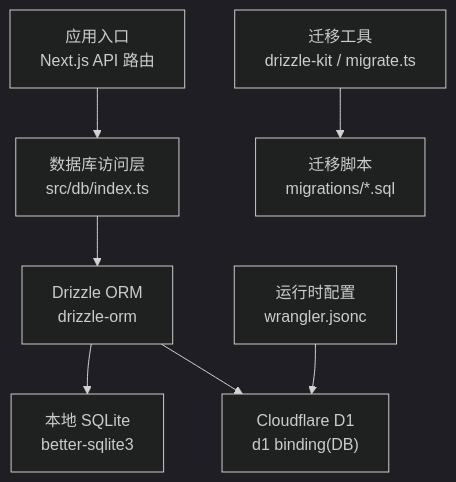
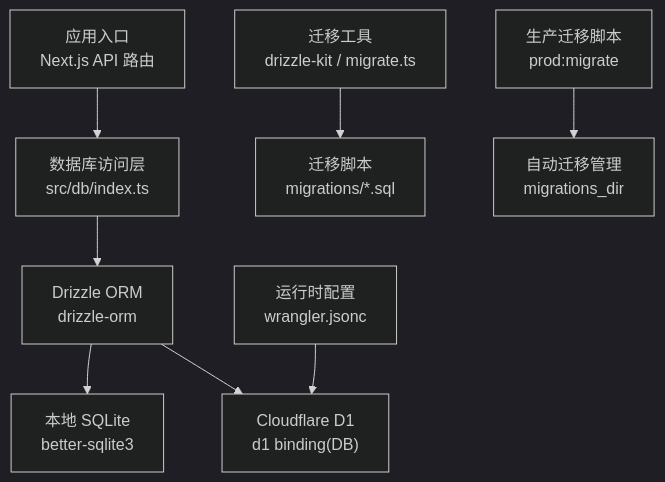
Before and after one commit to pnnh/weable: the first of 5 diagrams in .qoder/repowiki/zh/content/部署指南/数据库配置.md, drawn with Mermaid (dark theme). The commit also changed other lines of this file and 138 other files, not shown here.

Commit message:
未登录时访问console跳转至signin页面 修复点击图片目录未正确跳转问题 实现图片批量删除功能 将上传页面改成造成轻量级队列，实现分部上传和重试功能（绕过worker限制）

````diff
--- a/.qoder/repowiki/zh/content/部署指南/数据库配置.md
+++ b/.qoder/repowiki/zh/content/部署指南/数据库配置.md
@@ -42,9 +50,10 @@
 ```mermaid
 graph TB
 A["应用入口<br/>Next.js API 路由"] --> B["数据库访问层<br/>src/db/index.ts"]
 B --> C["Drizzle ORM<br/>drizzle-orm"]
 C --> D["本地 SQLite<br/>better-sqlite3"]
 C --> E["Cloudflare D1<br/>d1 binding(DB)"]
 F["迁移工具<br/>drizzle-kit / migrate.ts"] --> G["迁移脚本<br/>migrations/*.sql"]
 H["运行时配置<br/>wrangler.jsonc"] --> E
+I["生产迁移脚本<br/>prod:migrate"] --> J["自动迁移管理<br/>migrations_dir"]
 ```
````
